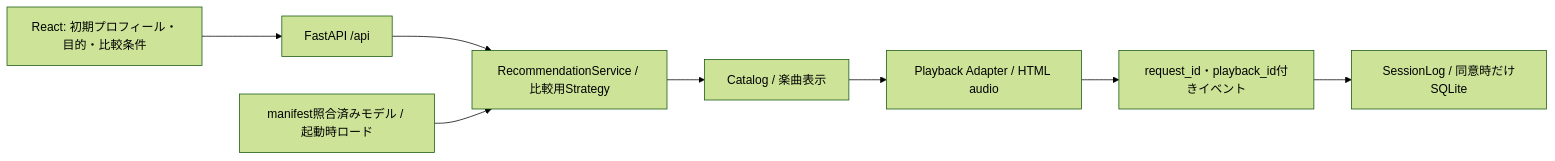
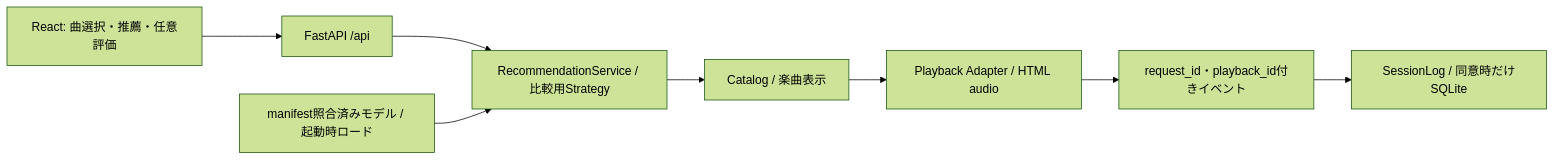
One commit to 97kuek/music-recsys changed the diagram in docs/app-mvp.md. Above: the diagram before and after it, drawn with Mermaid (forest theme). The commit also changed other lines of this file and 14 other files, not shown here.

````diff
--- a/docs/app-mvp.md
+++ b/docs/app-mvp.md
@@ -11,10 +11,10 @@
 ```mermaid
 flowchart LR
-    U[React: 初期プロフィール・目的・比較条件] --> A[FastAPI /api]
+    U[React: 曲選択・推薦・任意評価] --> A[FastAPI /api]
     A --> S[RecommendationService / 比較用Strategy]
     M[manifest照合済みモデル / 起動時ロード] --> S
     S --> C[Catalog / 楽曲表示]
     C --> P[Playback Adapter / HTML audio]
     P --> E[request_id・playback_id付きイベント]
     E --> L[SessionLog / 同意時だけSQLite]
 ```
````
